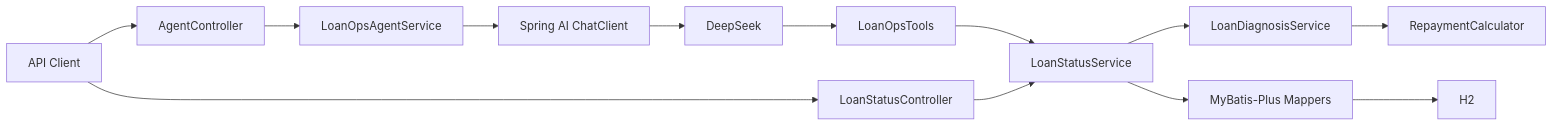
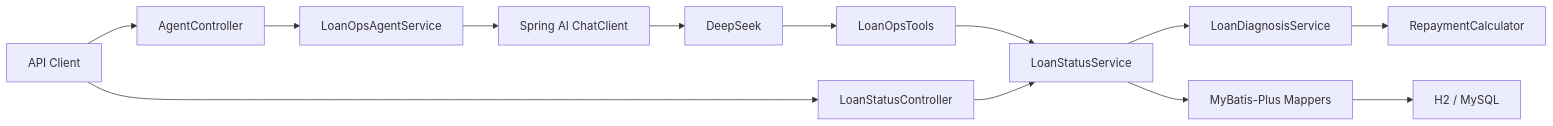
One commit to liandongjie/loanops-agent changed the diagram in docs/ARCHITECTURE.md. Above: the diagram before and after it, drawn with Mermaid. The commit also changed other lines of this file and 2 other files, not shown here.

````diff
--- a/docs/ARCHITECTURE.md
+++ b/docs/ARCHITECTURE.md
@@ -15,15 +15,15 @@
 ```mermaid
 graph LR
     Client["API Client"] --> Rest["LoanStatusController"]
     Client --> Agent["AgentController"]
     Agent --> AgentService["LoanOpsAgentService"]
     AgentService --> ChatClient["Spring AI ChatClient"]
     ChatClient --> Model["DeepSeek"]
     Model --> Tools["LoanOpsTools"]
     Tools --> StatusService["LoanStatusService"]
     Rest --> StatusService
     StatusService --> Diagnosis["LoanDiagnosisService"]
     Diagnosis --> Calculator["RepaymentCalculator"]
     StatusService --> Mapper["MyBatis-Plus Mappers"]
-    Mapper --> Database["H2"]
+    Mapper --> Database["H2 / MySQL"]
 ```
````
